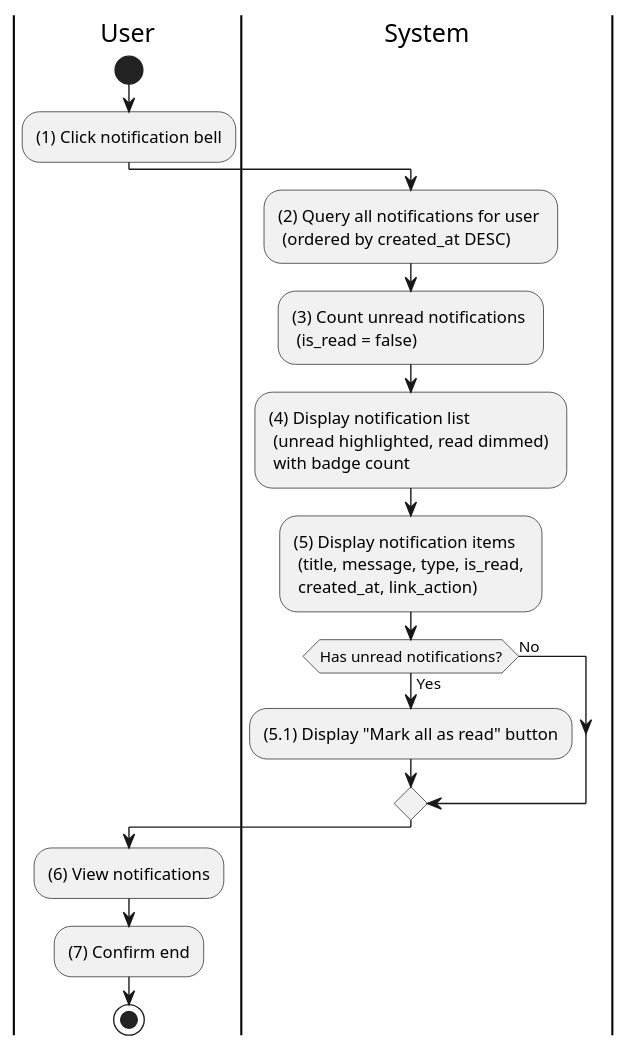
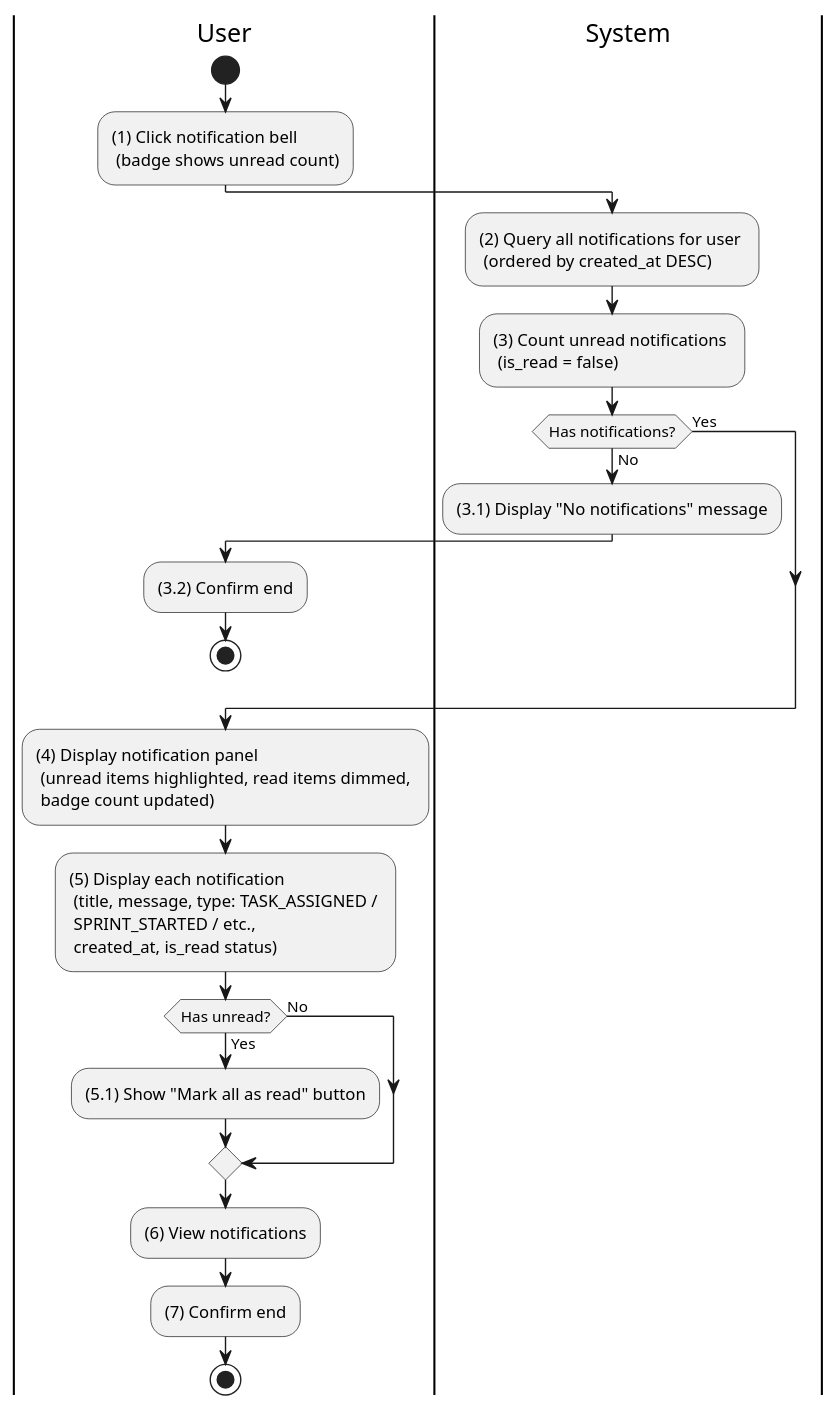
Before and after one commit to taskpilot-platform/taskpilot-platform.github.io: the diagram in docs/docs/activity/notification-management/receive-notification.md, drawn with PlantUML. The commit also changed 9 other files, not shown here.

First line of the commit message:
docs(activity): expand 10 short activity diagram files with detailed flows

````diff
--- a/docs/docs/activity/notification-management/receive-notification.md
+++ b/docs/docs/activity/notification-management/receive-notification.md
@@ -3,27 +3,36 @@
 ```plantuml
 @startuml
 |U|User
 |S|System
 
 |U|
 start
-:(1) Click notification bell;
+:(1) Click notification bell \n (badge shows unread count);
 
 |S|
 :(2) Query all notifications for user \n (ordered by created_at DESC);
 :(3) Count unread notifications \n (is_read = false);
-:(4) Display notification list \n (unread highlighted, read dimmed) \n with badge count;
-:(5) Display notification items \n (title, message, type, is_read, \n created_at, link_action);
 
-if (Has unread notifications?) then (Yes)
-  :(5.1) Display "Mark all as read" button;
+if (Has notifications?) then (No)
+  :(3.1) Display "No notifications" message;
+  |U|
+  :(3.2) Confirm end;
+  stop
+else (Yes)
+endif
+
+:(4) Display notification panel \n (unread items highlighted, read items dimmed, \n badge count updated);
+:(5) Display each notification \n (title, message, type: TASK_ASSIGNED / \n SPRINT_STARTED / etc., \n created_at, is_read status);
+
+if (Has unread?) then (Yes)
+  :(5.1) Show "Mark all as read" button;
 else (No)
 endif
 
 |U|
 :(6) View notifications;
 :(7) Confirm end;
 
 stop
 @enduml
 ```
````
